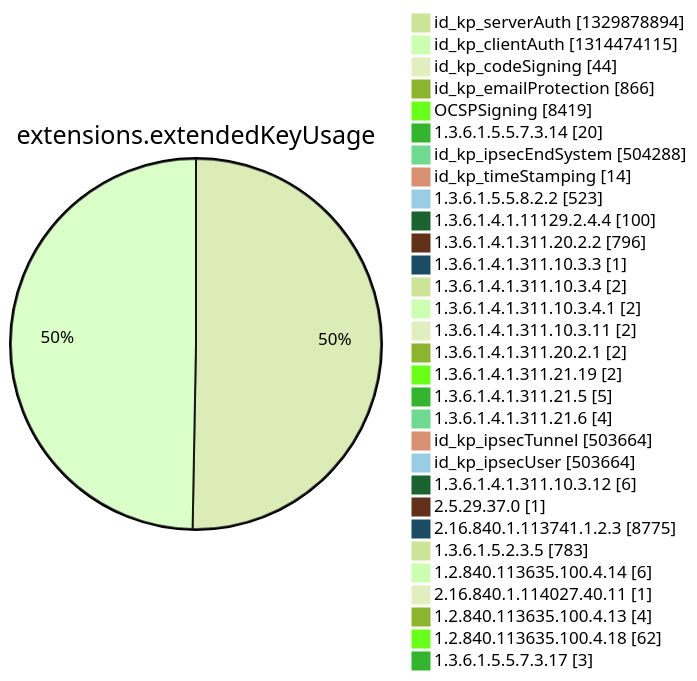
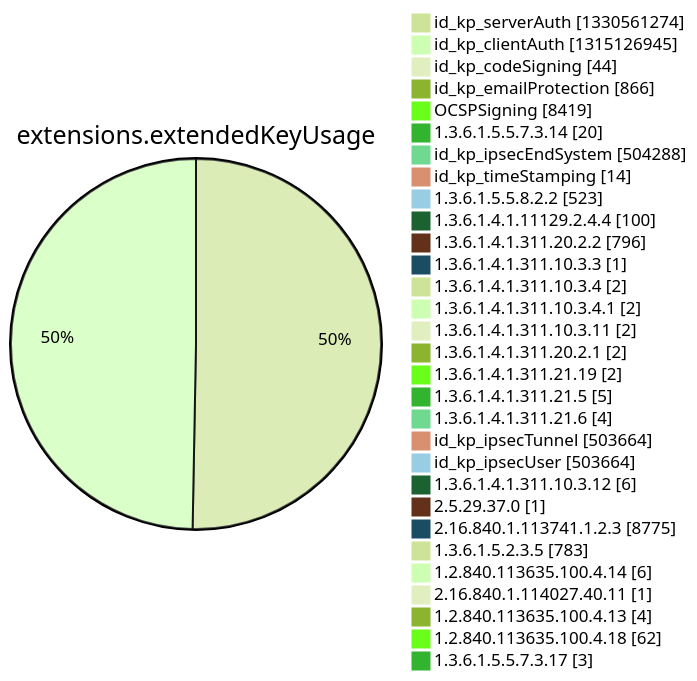
Before and after one commit to christiankrug/ctmonitor_visualization: diagram 12 of 15 in argon2022/README.md, drawn with Mermaid (forest theme). The commit also changed other lines of this file, not shown here.

````diff
--- a/argon2022/README.md
+++ b/argon2022/README.md
@@ -3553,34 +3553,34 @@
 ```mermaid
 pie showData
 title extensions.extendedKeyUsage
-"id_kp_serverAuth" :1329878894
-"id_kp_clientAuth" :1314474115
+"id_kp_serverAuth" :1330561274
+"id_kp_clientAuth" :1315126945
 "id_kp_codeSigning" :44
 "id_kp_emailProtection" :866
 "OCSPSigning" :8419
 "1.3.6.1.5.5.7.3.14" :20
 "id_kp_ipsecEndSystem" :504288
 "id_kp_timeStamping" :14
 "1.3.6.1.5.5.8.2.2" :523
 "1.3.6.1.4.1.11129.2.4.4" :100
 "1.3.6.1.4.1.311.20.2.2" :796
 "1.3.6.1.4.1.311.10.3.3" :1
 "1.3.6.1.4.1.311.10.3.4" :2
 "1.3.6.1.4.1.311.10.3.4.1" :2
 "1.3.6.1.4.1.311.10.3.11" :2
 "1.3.6.1.4.1.311.20.2.1" :2
 "1.3.6.1.4.1.311.21.19" :2
 "1.3.6.1.4.1.311.21.5" :5
 "1.3.6.1.4.1.311.21.6" :4
 "id_kp_ipsecTunnel" :503664
 "id_kp_ipsecUser" :503664
 "1.3.6.1.4.1.311.10.3.12" :6
 "2.5.29.37.0" :1
 "2.16.840.1.113741.1.2.3" :8775
 "1.3.6.1.5.2.3.5" :783
 "1.2.840.113635.100.4.14" :6
 "2.16.840.1.114027.40.11" :1
 "1.2.840.113635.100.4.13" :4
 "1.2.840.113635.100.4.18" :62
 "1.3.6.1.5.5.7.3.17" :3
 ```
````
